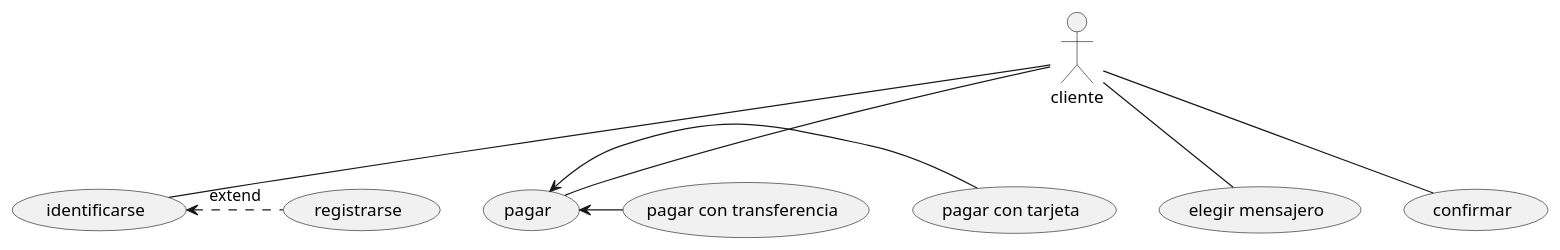
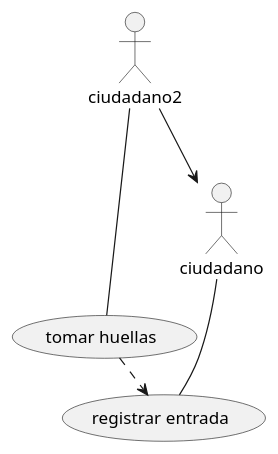
Before and after one commit to jorgealll/plantt1: the diagram in src/archivoplant.puml, drawn with PlantUML. The commit also changed other lines of this file, not shown here.

Commit message:
commit huellas

```diff
--- a/src/archivoplant.puml
+++ b/src/archivoplant.puml
@@ -1,14 +1,12 @@
 @startuml
 'https://plantuml.com/sequence-diagram
 
 
-actor cliente
+actor ciudadano
+actor ciudadano2
 
-cliente -- (identificarse)
-cliente -- (pagar)
-cliente -- (elegir mensajero)
-cliente -- (confirmar)
-(identificarse) <. (registrarse) : extend
-(pagar)<- (pagar con tarjeta)
-(pagar)<- (pagar con transferencia)
+ciudadano2 --> ciudadano
+ciudadano -- (registrar entrada)
+ciudadano2 -- (tomar huellas)
+(tomar huellas) .> (registrar entrada) : extend
 @enduml
```
